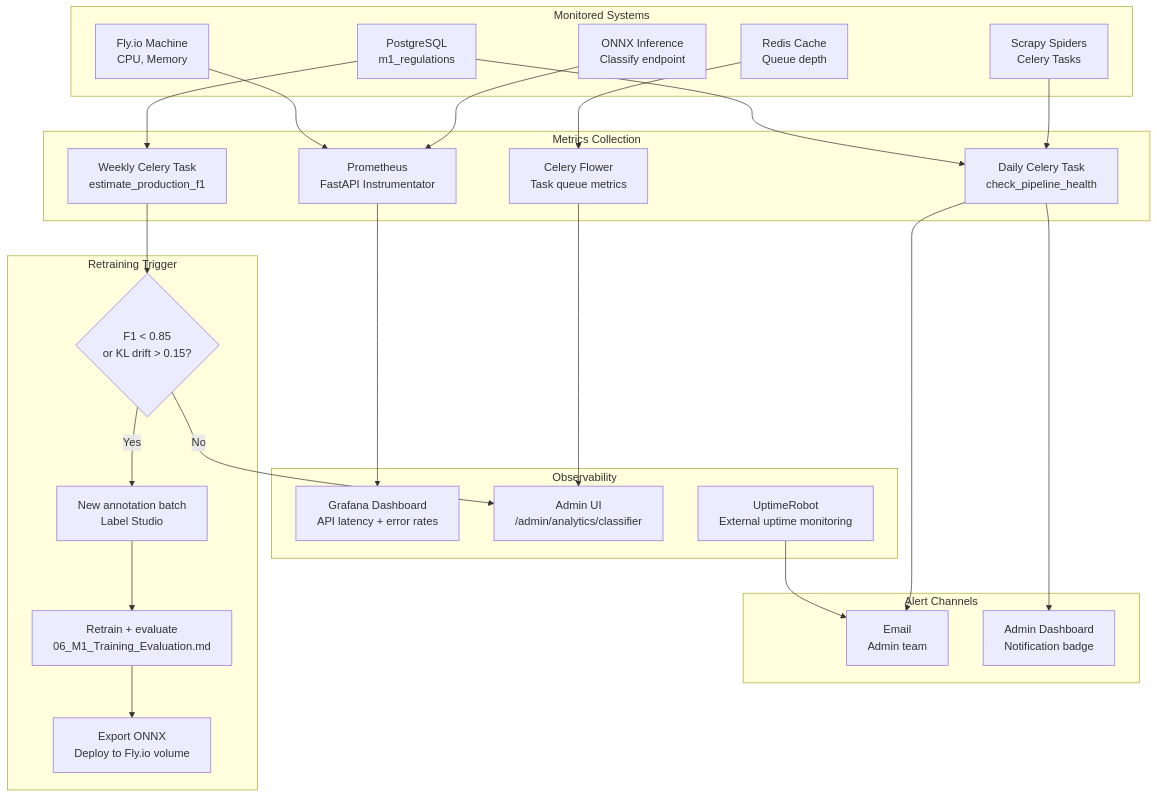
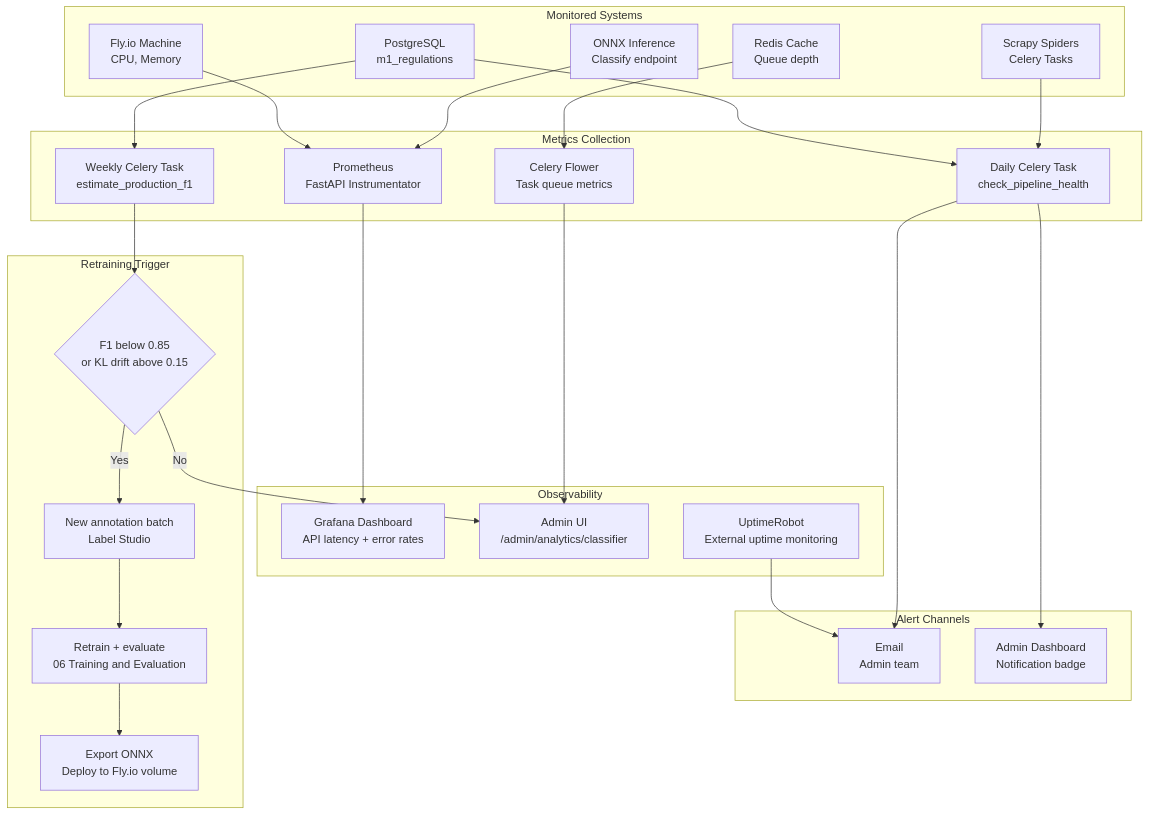
The second of 2 diagrams in 02-Research-Modules/1 Module-1-Awareness-Gap/12_M1_Monitoring_Maintenance.md (ifham-mohamed/obs-sme), drawn with Mermaid before and after one commit. The commit also changed other lines of this file and 16 other files, not shown here.

````diff
--- a/02-Research-Modules/1 Module-1-Awareness-Gap/12_M1_Monitoring_Maintenance.md
+++ b/02-Research-Modules/1 Module-1-Awareness-Gap/12_M1_Monitoring_Maintenance.md
@@ -334,55 +747,55 @@
 ```mermaid
 flowchart TD
     subgraph Sources["Monitored Systems"]
-        S1[Scrapy Spiders\nCelery Tasks]
-        S2[ONNX Inference\nClassify endpoint]
-        S3[PostgreSQL\nm1_regulations]
-        S4[Redis Cache\nQueue depth]
-        S5[Fly.io Machine\nCPU, Memory]
+        S1[Scrapy Spiders<br/>Celery Tasks]
+        S2[ONNX Inference<br/>Classify endpoint]
+        S3[PostgreSQL<br/>m1_regulations]
+        S4[Redis Cache<br/>Queue depth]
+        S5[Fly.io Machine<br/>CPU, Memory]
     end
 
     subgraph Collectors["Metrics Collection"]
-        C1[Prometheus\nFastAPI Instrumentator]
-        C2[Celery Flower\nTask queue metrics]
-        C3[Daily Celery Task\ncheck_pipeline_health]
-        C4[Weekly Celery Task\nestimate_production_f1]
+        C1[Prometheus<br/>FastAPI Instrumentator]
+        C2[Celery Flower<br/>Task queue metrics]
+        C3[Daily Celery Task<br/>check_pipeline_health]
+        C4[Weekly Celery Task<br/>estimate_production_f1]
     end
 
     subgraph Dashboards["Observability"]
-        D1[Grafana Dashboard\nAPI latency + error rates]
-        D2[Admin UI\n/admin/analytics/classifier]
-        D3[UptimeRobot\nExternal uptime monitoring]
+        D1[Grafana Dashboard<br/>API latency + error rates]
+        D2[Admin UI<br/>/admin/analytics/classifier]
+        D3[UptimeRobot<br/>External uptime monitoring]
     end
 
     subgraph Alerts["Alert Channels"]
-        A1[Email\nAdmin team]
-        A2[Admin Dashboard\nNotification badge]
+        A1[Email<br/>Admin team]
+        A2[Admin Dashboard<br/>Notification badge]
     end
 
     subgraph Retrain["Retraining Trigger"]
-        R1{F1 < 0.85\nor KL drift > 0.15?}
-        R2[New annotation batch\nLabel Studio]
-        R3[Retrain + evaluate\n06_M1_Training_Evaluation.md]
-        R4[Export ONNX\nDeploy to Fly.io volume]
+        R1{F1 below 0.85<br/>or KL drift above 0.15}
+        R2[New annotation batch<br/>Label Studio]
+        R3[Retrain + evaluate<br/>06 Training and Evaluation]
+        R4[Export ONNX<br/>Deploy to Fly.io volume]
     end
 
     S1 --> C3
     S2 --> C1
     S3 --> C3
     S3 --> C4
     S4 --> C2
     S5 --> C1
 
     C1 --> D1
     C2 --> D2
     C3 --> A1
     C3 --> A2
     C4 --> R1
 
     D3 --> A1
 
     R1 -->|Yes| R2
     R2 --> R3
     R3 --> R4
     R1 -->|No| D2
 ```
````
